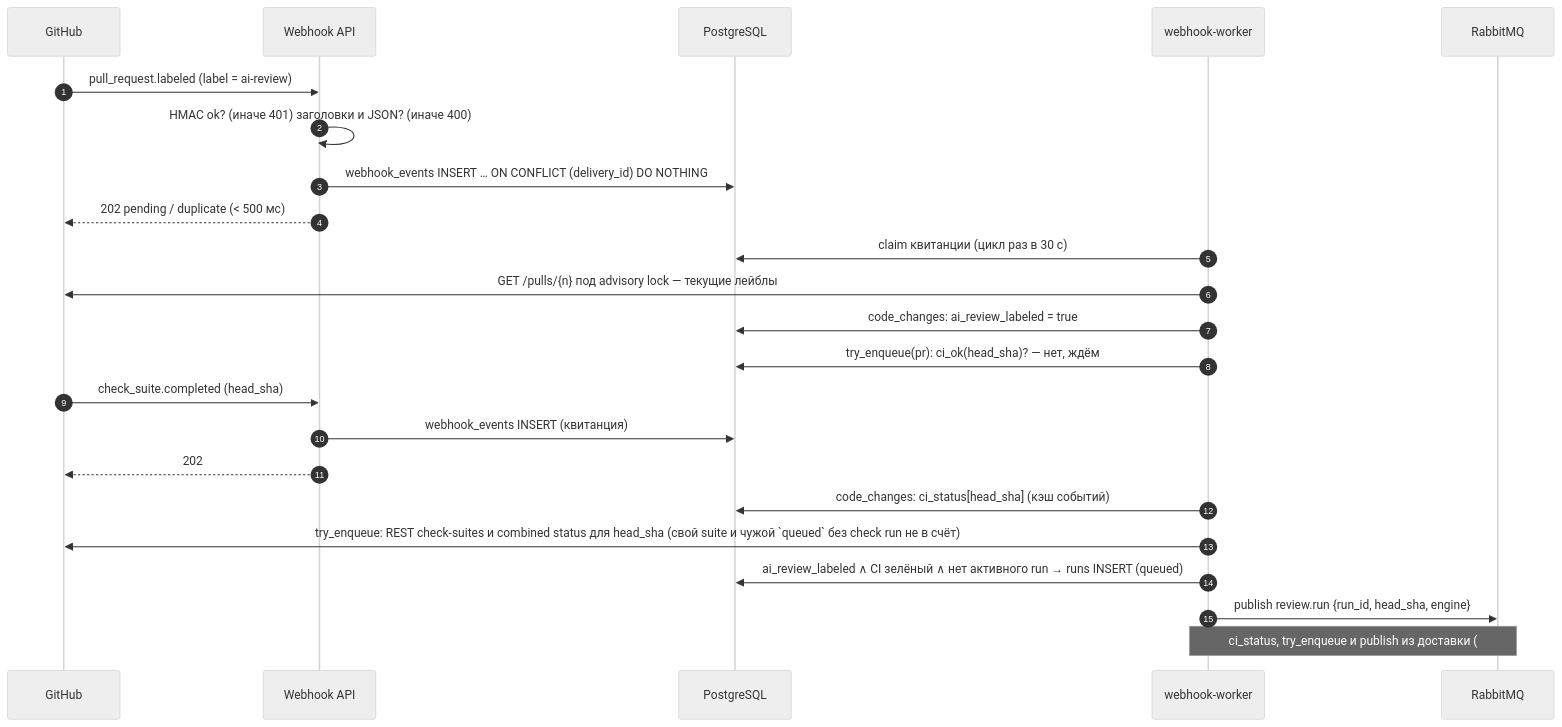
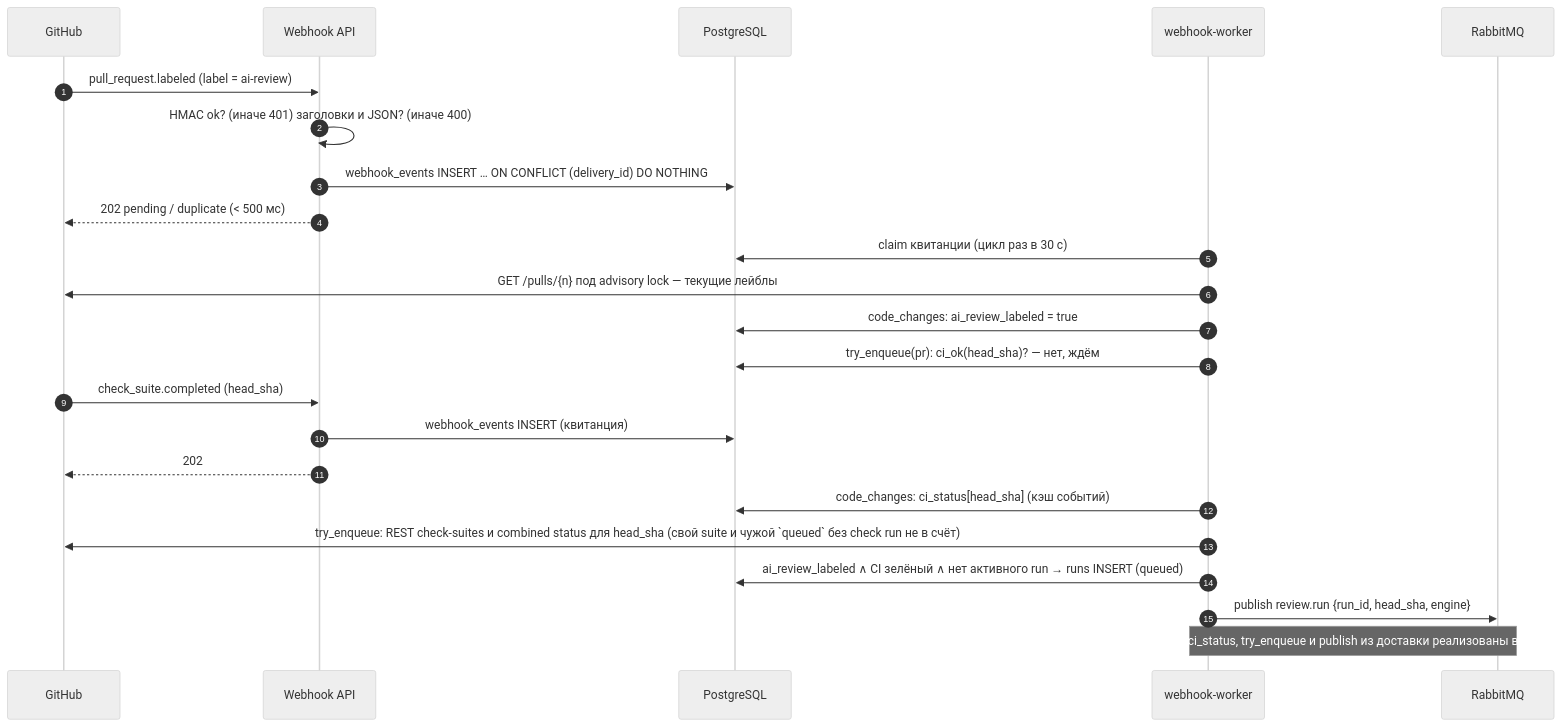
Before and after one commit to larchanka-training/dmc-268-api-t6: the fourth of 13 diagrams in docs/SYSTEM_DESIGN.md, drawn with Mermaid (neutral theme). The commit also changed other lines of this file and 4 other files, not shown here.

````diff
--- a/docs/SYSTEM_DESIGN.md
+++ b/docs/SYSTEM_DESIGN.md
@@ -226,27 +227,27 @@
 ```mermaid
 sequenceDiagram
   autonumber
   participant GH as GitHub
   participant WH as Webhook API
   participant PG as PostgreSQL
   participant WW as webhook-worker
   participant MQ as RabbitMQ
 
   GH->>WH: pull_request.labeled (label = ai-review)
   WH->>WH: HMAC ok? (иначе 401) заголовки и JSON? (иначе 400)
   WH->>PG: webhook_events INSERT … ON CONFLICT (delivery_id) DO NOTHING
   WH-->>GH: 202 pending / duplicate (< 500 мс)
   WW->>PG: claim квитанции (цикл раз в 30 с)
   WW->>GH: GET /pulls/{n} под advisory lock — текущие лейблы
   WW->>PG: code_changes: ai_review_labeled = true
   WW->>PG: try_enqueue(pr): ci_ok(head_sha)? — нет, ждём
 
   GH->>WH: check_suite.completed (head_sha)
   WH->>PG: webhook_events INSERT (квитанция)
   WH-->>GH: 202
   WW->>PG: code_changes: ci_status[head_sha] (кэш событий)
   WW->>GH: try_enqueue: REST check-suites и combined status для head_sha (свой suite и чужой `queued` без check run не в счёт)
   WW->>PG: ai_review_labeled ∧ CI зелёный ∧ нет активного run → runs INSERT (queued)
   WW->>MQ: publish review.run {run_id, head_sha, engine}
-  Note over WW,MQ: ci_status, try_enqueue и publish из доставки (#52)
+  Note over WW,MQ: ci_status, try_enqueue и publish из доставки реализованы в #52
 ```
````
